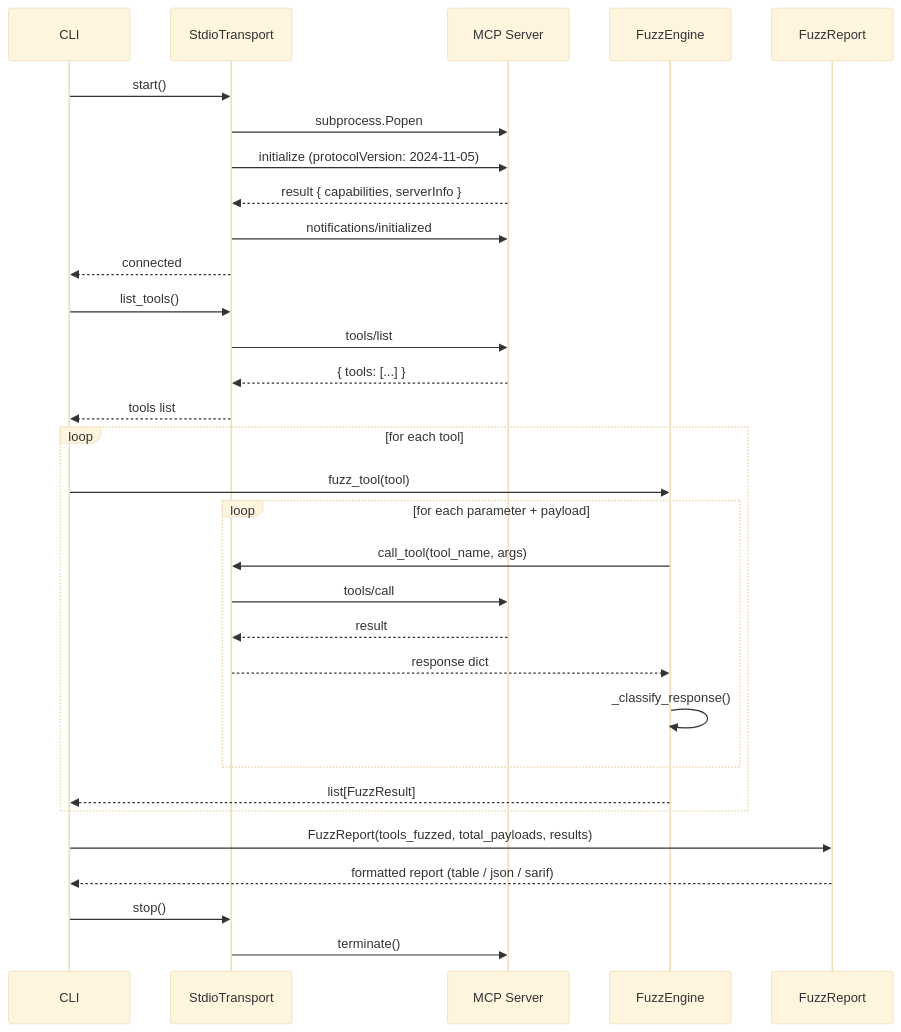
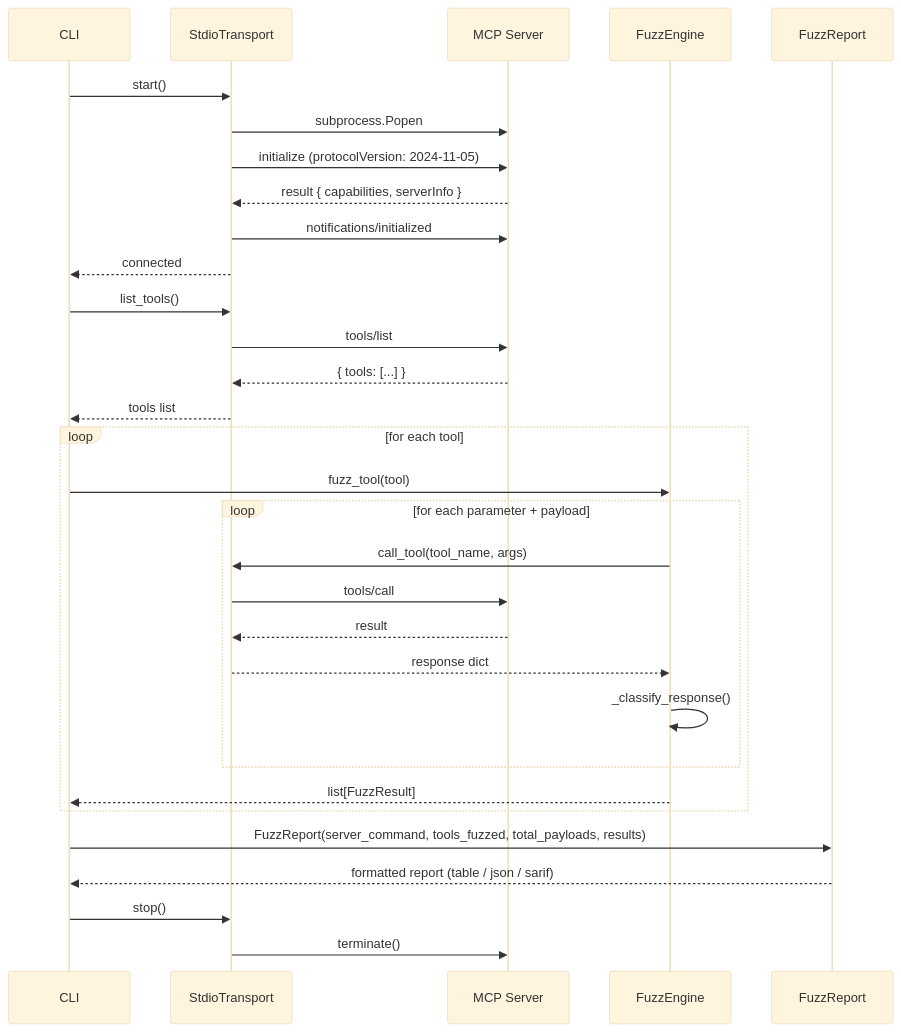
The second of 5 diagrams in docs/ARCHITECTURE.md (ShovalBenjer/mcp-guard), drawn with Mermaid (base theme) before and after one commit. The commit also changed other lines of this file and 3 other files, not shown here.

First line of the commit message:
docs: ARCHITECTURE.md hardening + doc-consistency tests (Closes #23)

````diff
--- a/docs/ARCHITECTURE.md
+++ b/docs/ARCHITECTURE.md
@@ -69,38 +71,38 @@
 ```mermaid
 sequenceDiagram
     participant C as CLI
     participant T as StdioTransport
     participant S as MCP Server
     participant E as FuzzEngine
     participant R as FuzzReport
 
     C->>T: start()
     T->>S: subprocess.Popen
     T->>S: initialize (protocolVersion: 2024-11-05)
     S-->>T: result { capabilities, serverInfo }
     T->>S: notifications/initialized
     T-->>C: connected
 
     C->>T: list_tools()
     T->>S: tools/list
     S-->>T: { tools: [...] }
     T-->>C: tools list
 
     loop for each tool
         C->>E: fuzz_tool(tool)
         loop for each parameter + payload
             E->>T: call_tool(tool_name, args)
             T->>S: tools/call
             S-->>T: result
             T-->>E: response dict
             E->>E: _classify_response()
         end
         E-->>C: list[FuzzResult]
     end
 
-    C->>R: FuzzReport(tools_fuzzed, total_payloads, results)
+    C->>R: FuzzReport(server_command, tools_fuzzed, total_payloads, results)
     R-->>C: formatted report (table / json / sarif)
 
     C->>T: stop()
     T->>S: terminate()
 ```
````
